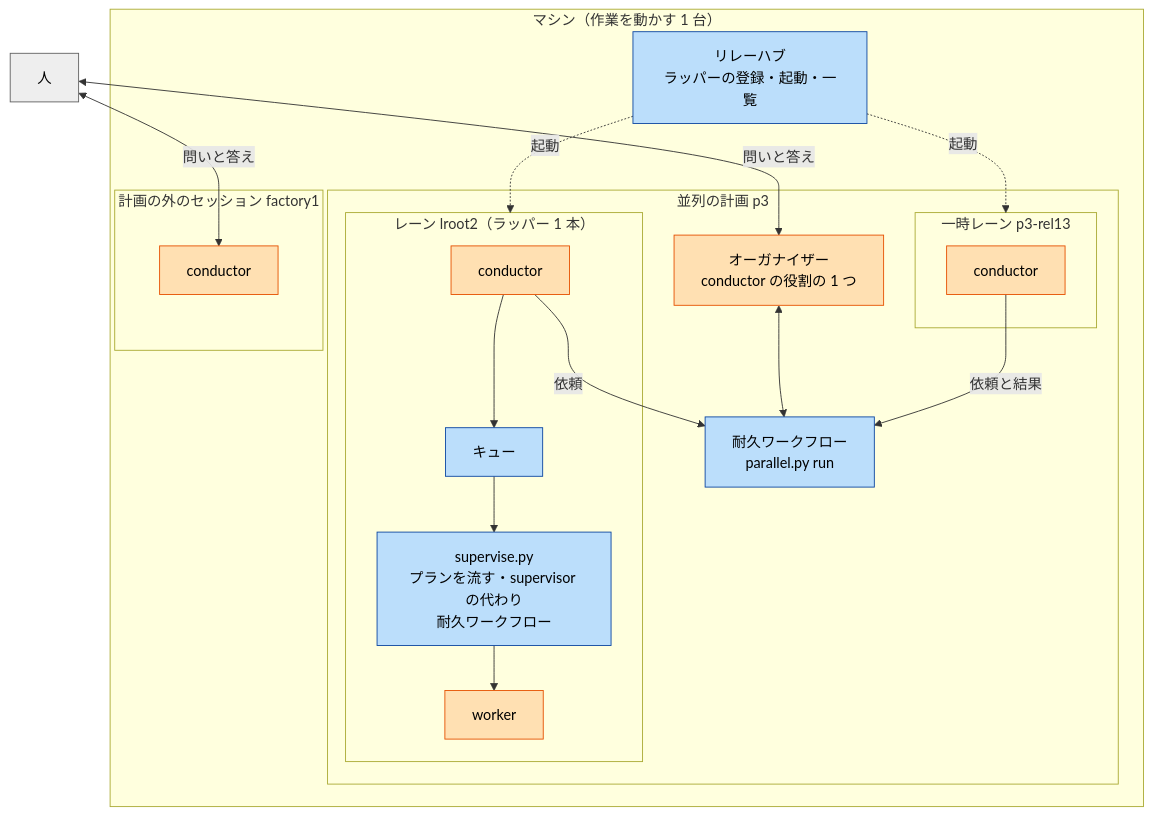
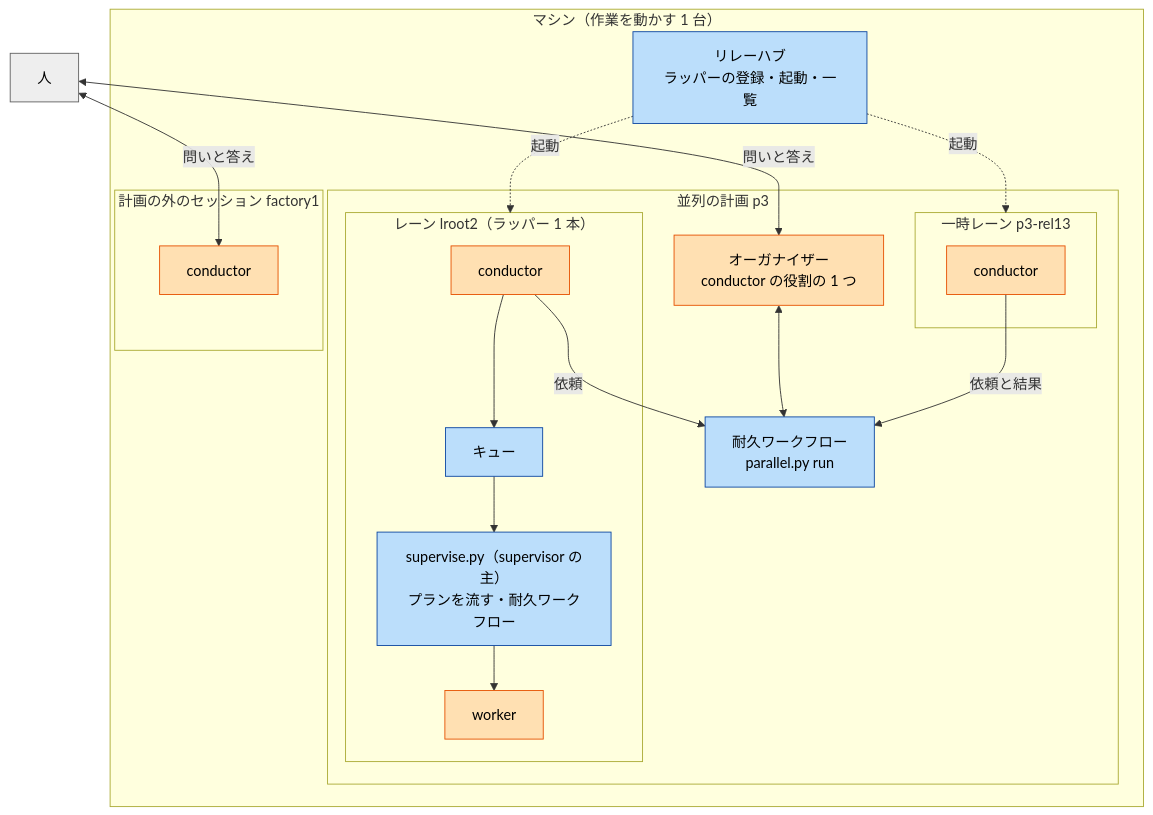
The first of 4 diagrams in docs/ndf-parallel-model.md (devbasex/ai-plugins), drawn with Mermaid before and after one commit. The commit also changed other lines of this file, not shown here.

First line of the commit message:
Docs: supervisor の役割は supervise.py が主に担い、サブエージェントは代行と定める

````diff
--- a/docs/ndf-parallel-model.md
+++ b/docs/ndf-parallel-model.md
@@ -26,38 +26,38 @@
 ```mermaid
 flowchart TB
     H["人"]
     subgraph M["マシン（作業を動かす 1 台）"]
         HUB["リレーハブ<br/>ラッパーの登録・起動・一覧"]
         subgraph P["並列の計画 p3"]
             O["オーガナイザー<br/>conductor の役割の 1 つ"]
             DW["耐久ワークフロー<br/>parallel.py run"]
             subgraph L1["レーン lroot2（ラッパー 1 本）"]
                 C1["conductor"]
                 Q1["キュー"]
-                PL1["supervise.py<br/>プランを流す・supervisor の代わり<br/>耐久ワークフロー"]
+                PL1["supervise.py（supervisor の主）<br/>プランを流す・耐久ワークフロー"]
                 W1["worker"]
             end
             subgraph L2["一時レーン p3-rel13"]
                 C2["conductor"]
             end
         end
         subgraph X["計画の外のセッション factory1"]
             C3["conductor"]
         end
     end
     H <-->|"問いと答え"| O
     H <-->|"問いと答え"| C3
     O <--> DW
     C1 -->|"依頼"| DW
     C2 -->|"依頼と結果"| DW
     C1 --> Q1 --> PL1 --> W1
     HUB -.->|"起動"| L1
     HUB -.->|"起動"| L2
     classDef ai fill:#ffe0b2,stroke:#e65100,color:#000
     classDef script fill:#bbdefb,stroke:#0d47a1,color:#000
     classDef mixed fill:#e1bee7,stroke:#4a148c,color:#000
     classDef other fill:#eeeeee,stroke:#616161,color:#000
     class O,C1,C2,C3,W1 ai
     class HUB,DW,Q1,PL1 script
     class H other
 ```
````
